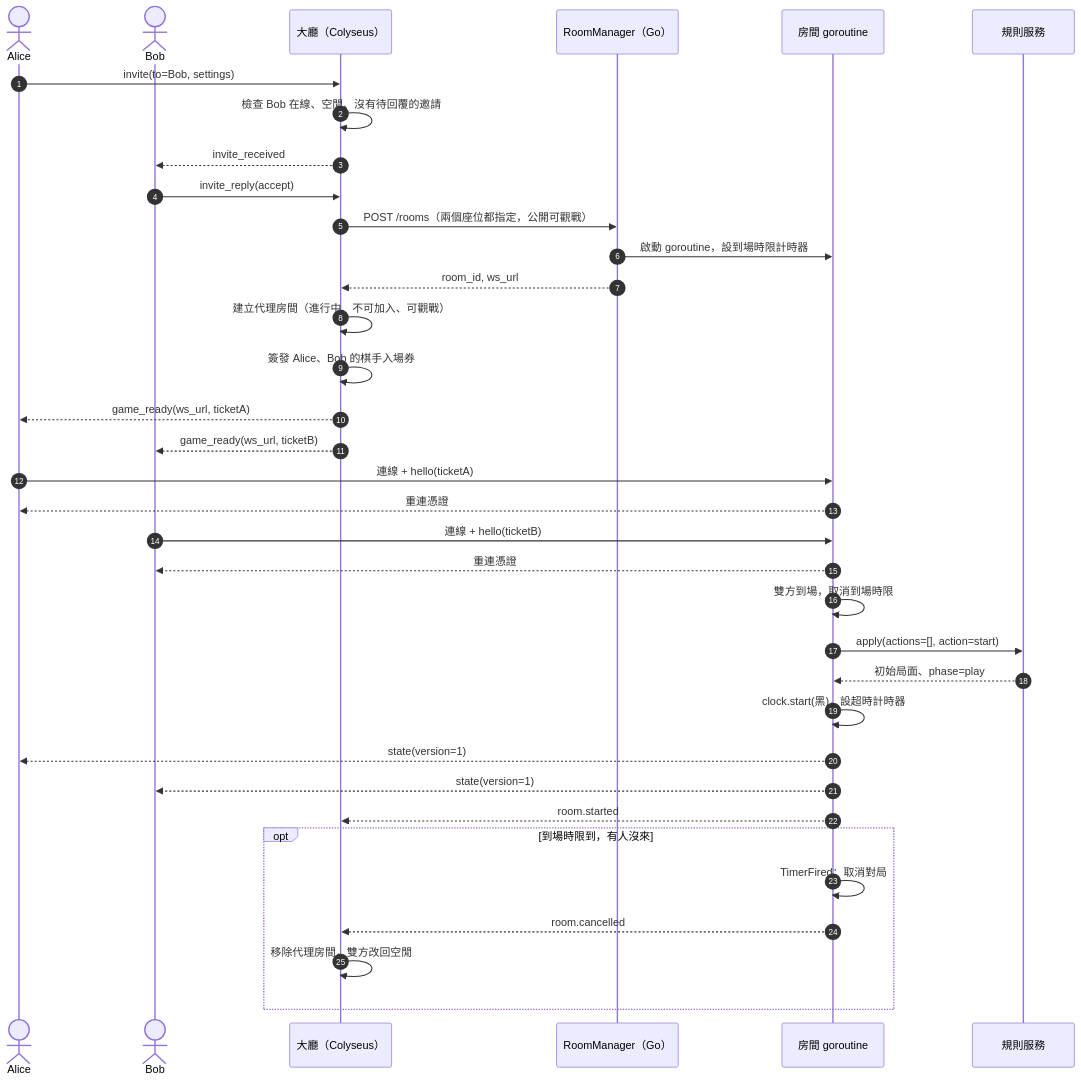
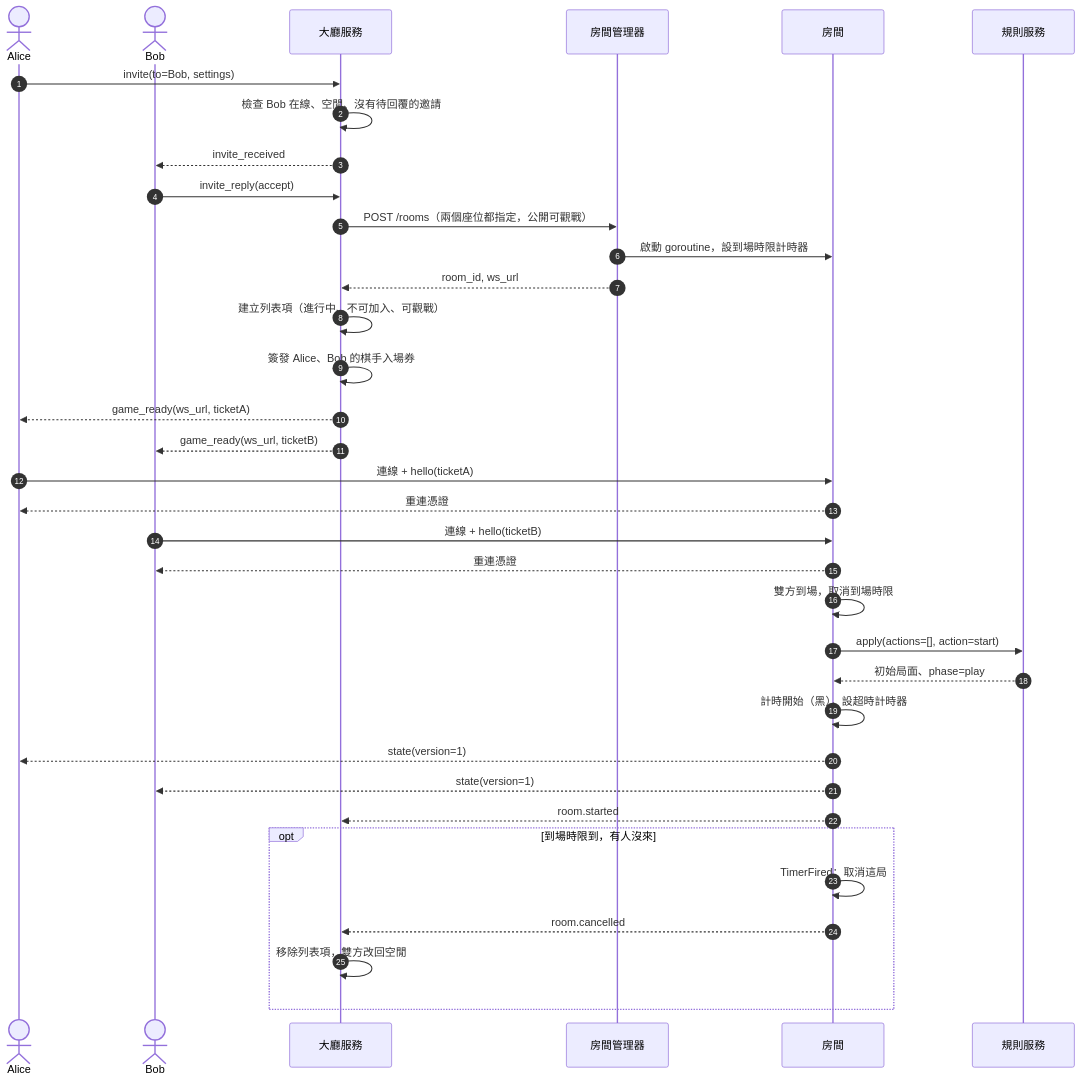
The second of 5 diagrams in docs/arch2.md (yshsu0918/yi-arena), drawn with Mermaid before and after one commit. The commit also changed other lines of this file, not shown here.

First line of the commit message:
arch2: unify terms (lobby, room, rules services), timeout decided by receive time with timer generations

````diff
--- a/docs/arch2.md
+++ b/docs/arch2.md
@@ -206,39 +249,39 @@
 ```mermaid
 sequenceDiagram
   autonumber
   actor A as Alice
   actor B as Bob
-  participant L as 大廳（Colyseus）
-  participant M as RoomManager（Go）
-  participant R as 房間 goroutine
+  participant L as 大廳服務
+  participant M as 房間管理器
+  participant R as 房間
   participant S as 規則服務
 
   A->>L: invite(to=Bob, settings)
   L->>L: 檢查 Bob 在線、空閒、沒有待回覆的邀請
   L-->>B: invite_received
   B->>L: invite_reply(accept)
   L->>M: POST /rooms（兩個座位都指定，公開可觀戰）
   M->>R: 啟動 goroutine，設到場時限計時器
   M-->>L: room_id, ws_url
-  L->>L: 建立代理房間（進行中、不可加入、可觀戰）
+  L->>L: 建立列表項（進行中、不可加入、可觀戰）
   L->>L: 簽發 Alice、Bob 的棋手入場券
   L-->>A: game_ready(ws_url, ticketA)
   L-->>B: game_ready(ws_url, ticketB)
   A->>R: 連線 + hello(ticketA)
   R-->>A: 重連憑證
   B->>R: 連線 + hello(ticketB)
   R-->>B: 重連憑證
   R->>R: 雙方到場，取消到場時限
   R->>S: apply(actions=[], action=start)
   S-->>R: 初始局面、phase=play
-  R->>R: clock.start(黑)，設超時計時器
+  R->>R: 計時開始（黑），設超時計時器
   R-->>A: state(version=1)
   R-->>B: state(version=1)
   R-->>L: room.started
 
   opt 到場時限到，有人沒來
-    R->>R: TimerFired：取消對局
+    R->>R: TimerFired：取消這局
     R-->>L: room.cancelled
-    L->>L: 移除代理房間，雙方改回空閒
+    L->>L: 移除列表項，雙方改回空閒
   end
 ```
````
